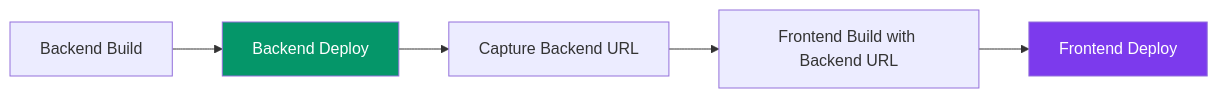
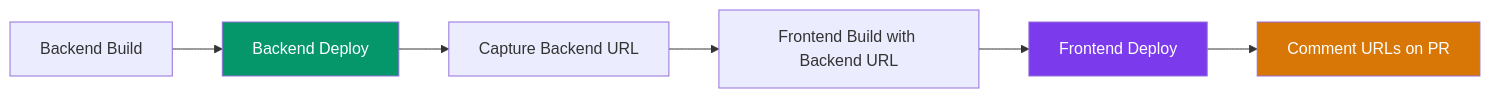
Before and after one commit to NITRR-Official/CampusOS: the second of 2 diagrams in docs/guides/CI_CD.md, drawn with Mermaid. The commit also changed other lines of this file and 9 other files, not shown here.

````diff
--- a/docs/guides/CI_CD.md
+++ b/docs/guides/CI_CD.md
@@ -61,10 +87,12 @@
 ```mermaid
 graph LR
     A[Backend Build] --> B[Backend Deploy]
     B --> C[Capture Backend URL]
     C --> D[Frontend Build with Backend URL]
     D --> E[Frontend Deploy]
+    E --> F[Comment URLs on PR]
 
     style B fill:#059669,color:#fff
     style E fill:#7c3aed,color:#fff
+    style F fill:#d97706,color:#fff
 ```
````
